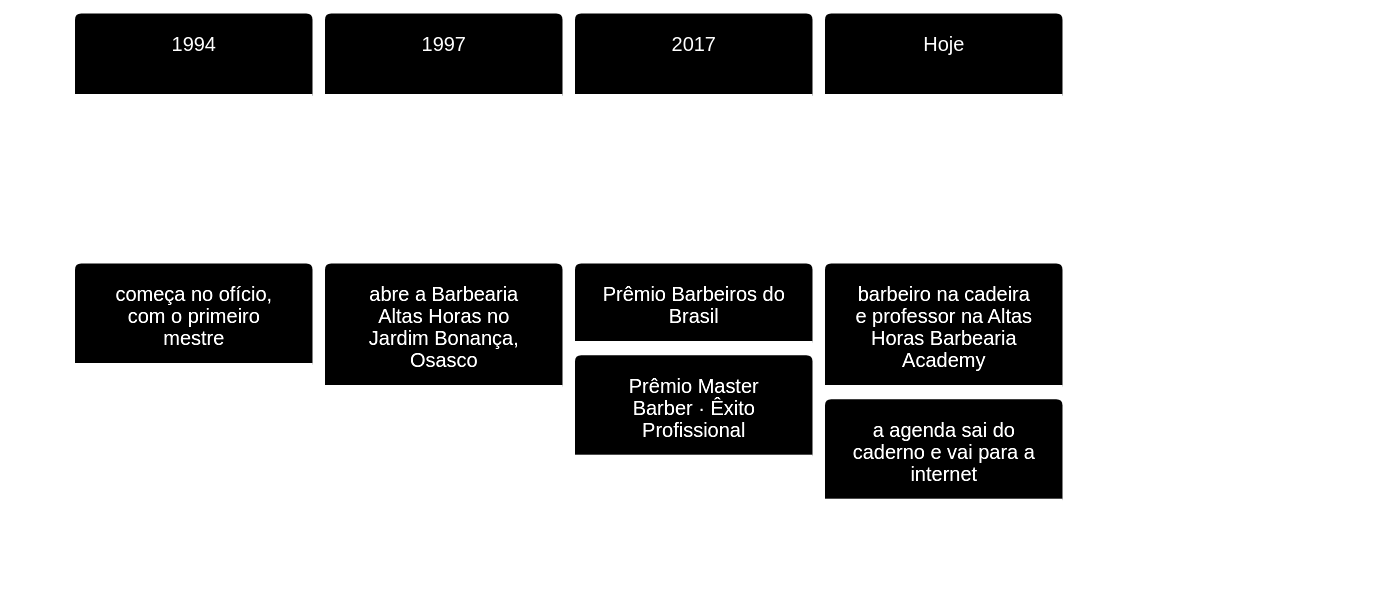
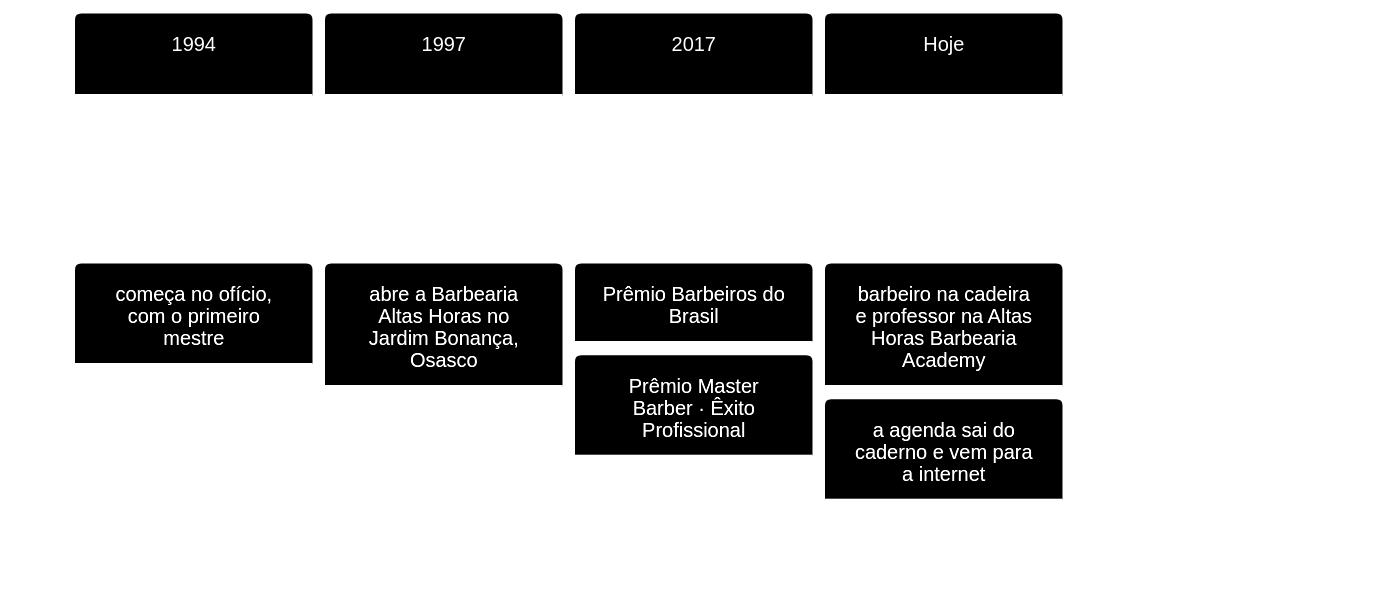
Before and after one commit to k3vinrich4rd/barbearia-altas-horas: the second of 8 diagrams in README.md, drawn with Mermaid. The commit also changed 1 other file, not shown here.

Commit message:
docs: alinha o mermaid da Trajetória e a origem do banner
No README, o marco "Hoje" passa a dizer "vem para a internet", como na spec da Fatia 14 e no historia.ts. No tokens.json, as referências documentais deixam de apontar para o banner.svg (Cândido) e passam a apontar para o banner-claro.svg. O banner.svg em si não é editado.

````diff
--- a/README.md
+++ b/README.md
@@ -170,10 +170,10 @@
 ```mermaid
 %%{init: {'theme':'base','themeVariables':{'primaryColor':'#0A0A0A','primaryTextColor':'#FFFFFF','primaryBorderColor':'#FFFFFF','lineColor':'#7A7A7A','fontFamily':'Georgia, serif'}}}%%
 timeline
     1994 : começa no ofício, com o primeiro mestre
     1997 : abre a Barbearia Altas Horas no Jardim Bonança, Osasco
     2017 : Prêmio Barbeiros do Brasil
          : Prêmio Master Barber · Êxito Profissional
     Hoje : barbeiro na cadeira e professor na Altas Horas Barbearia Academy
-         : a agenda sai do caderno e vai para a internet
+         : a agenda sai do caderno e vem para a internet
 ```
````
